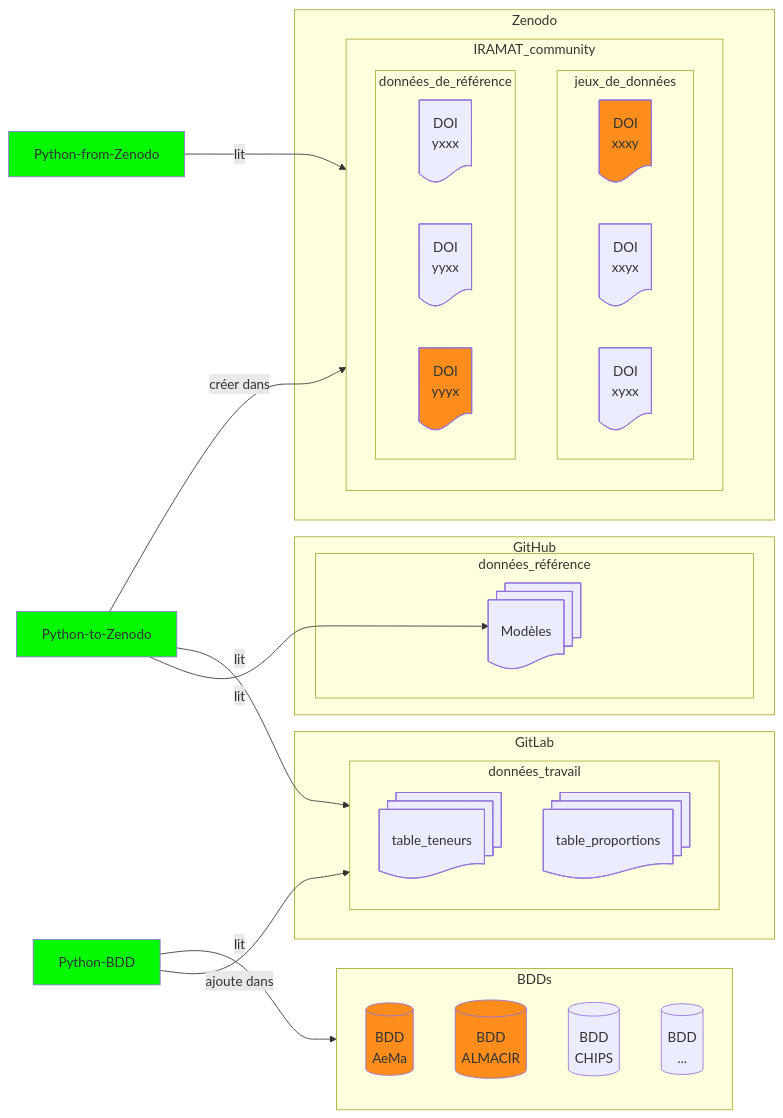
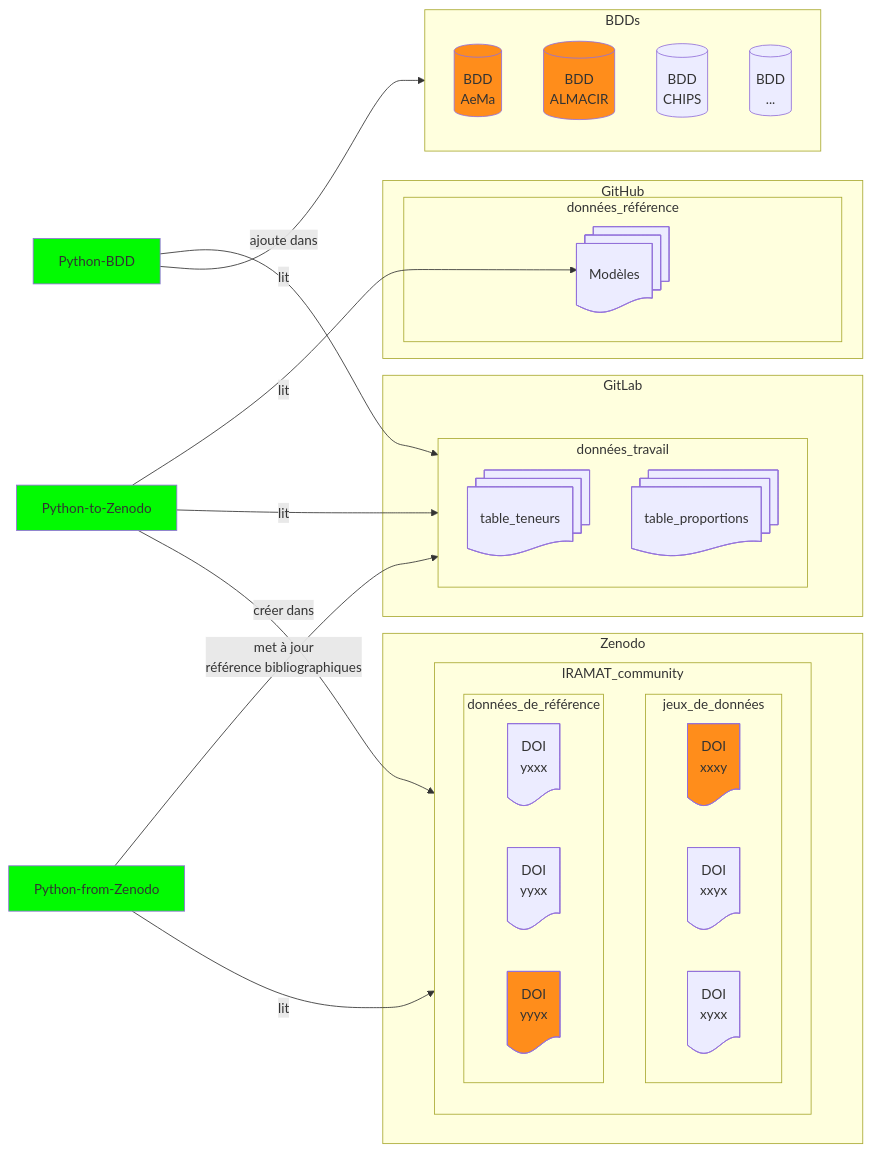
One commit to iramat/iramat-dev changed the first of 2 diagrams in dbs/README.md. Above: the diagram before and after it, drawn with Mermaid.

````diff
--- a/dbs/README.md
+++ b/dbs/README.md
@@ -5,53 +5,54 @@
 ```mermaid
 flowchart LR
     subgraph GitLab
         subgraph données_travail
             T1@{ shape: docs, label: "table_teneurs" }
             T2@{ shape: docs, label: "table_proportions" }
         end
     end
     subgraph GitHub
         subgraph données_référence
             Mod@{ shape: docs, label: "Modèles" }
         end
     end
     PDB@{ procs: docs, label: "Python-BDD" }
     P2Z@{ procs: docs, label: "Python-to-Zenodo" }
     PfZ@{ procs: docs, label: "Python-from-Zenodo" }
     subgraph BDDs
         B[(BDD<br>AeMa)]
         H[(BDD<br>ALMACIR)]
         C[(BDD<br>CHIPS)]
         D[(BDD<br>...)]
     end
     PDB -- ajoute dans --> données_travail;
     P2Z -- lit --> Mod;
     P2Z -- lit --> données_travail;
+    PfZ -- met à jour<br>référence bibliographiques--> données_travail
     subgraph Zenodo
         subgraph IRAMAT_community
             subgraph jeux_de_données
                 E@{ shape: doc, label: "DOI<br>xxxy" }
                 F@{ shape: doc, label: "DOI<br>xxyx" }
                 G@{ shape: doc, label: "DOI<br>xyxx" }
             end
             subgraph données_de_référence
                 dataref1@{ shape: doc, label: "DOI<br>yxxx" }
                 dataref2@{ shape: doc, label: "DOI<br>yyxx" }
                 dataref3@{ shape: doc, label: "DOI<br>yyyx" }
             end
         end
     end
     PDB -- lit --> BDDs;
     PfZ -- lit --> IRAMAT_community
     P2Z -- créer dans --> IRAMAT_community 
 
 
 click T1 "https://github.com/zoometh/iramat-test/tree/main/dbs#table_teneurs"
 style PDB fill:#02fa02
 style P2Z fill:#02fa02
 style PfZ fill:#02fa02
 style B fill:#FF8D1B
 style H fill:#FF8D1B
 style E fill:#FF8D1B
 style dataref3 fill:#FF8D1B
 ```
````
